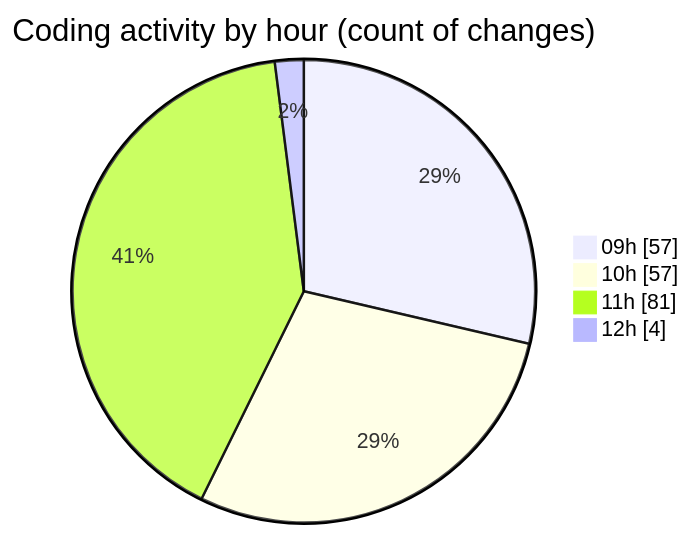
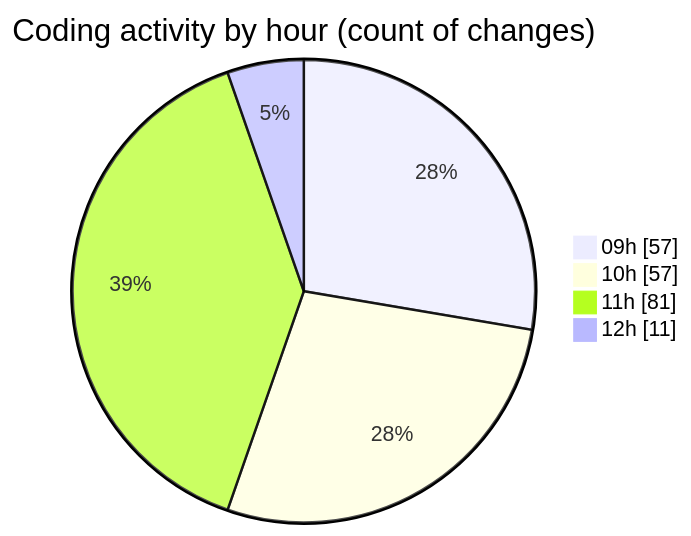
One commit to momahboobian/code-tracking changed the second of 2 diagrams in 2025-09-19/cda/README.md. Above: the diagram before and after it, drawn with Mermaid. The commit also changed other lines of this file and 1 other file, not shown here.

````diff
--- a/2025-09-19/cda/README.md
+++ b/2025-09-19/cda/README.md
@@ -30,8 +30,8 @@
 ```mermaid
 pie showData
 title Coding activity by hour (count of changes)
 "09h" : 57
 "10h" : 57
 "11h" : 81
-"12h" : 4
+"12h" : 11
 ```
````
